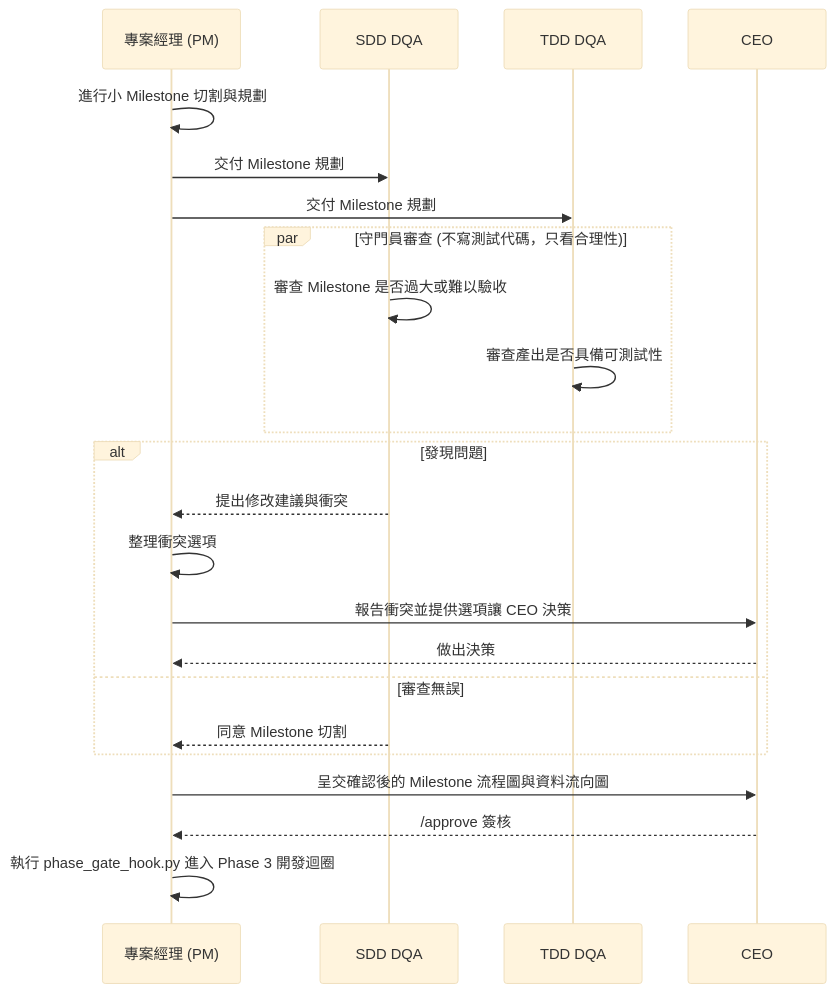
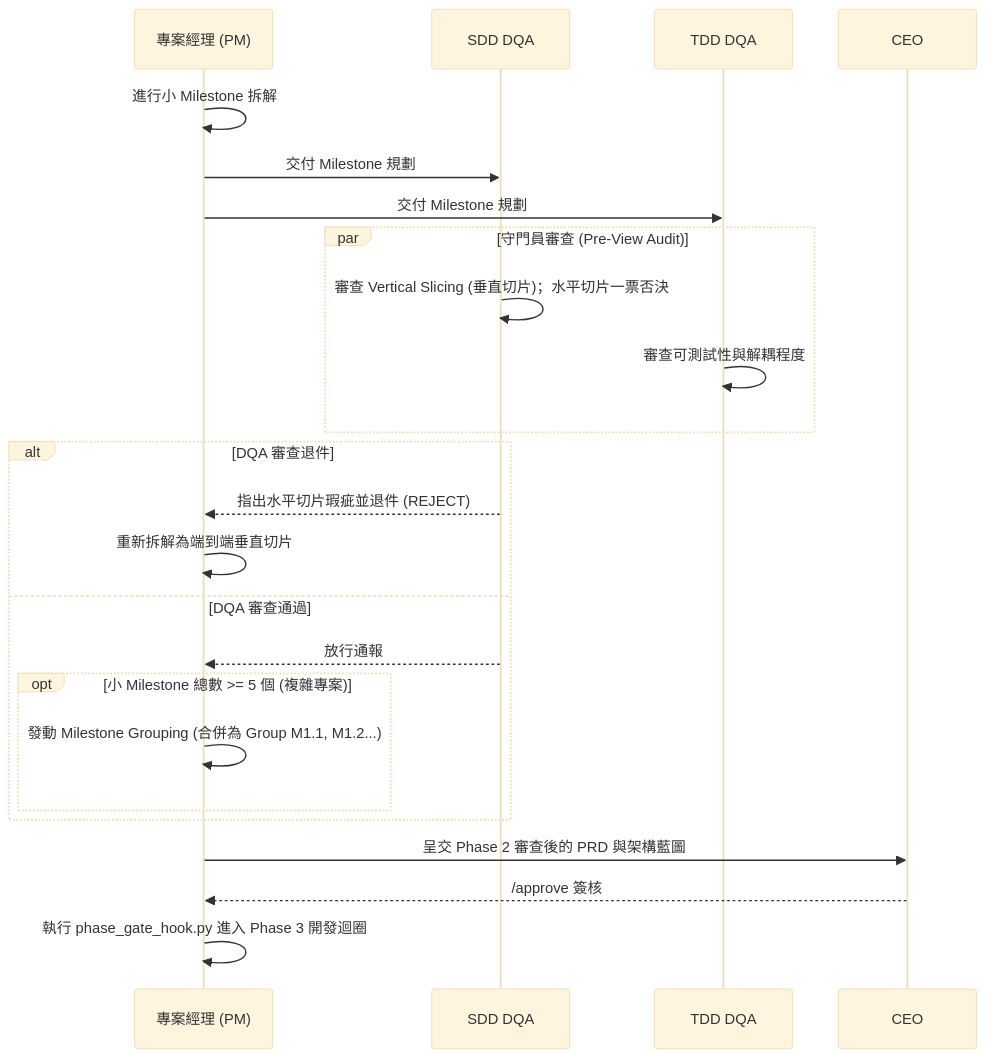
The fourth of 8 diagrams in README.md (vip3310495-Johnny/Johnny-project-team-plugin), drawn with Mermaid (base theme) before and after one commit. The commit also changed other lines of this file, not shown here.

Commit message:
docs: update README.md workflow and detailed sequence diagrams for v2.0.0

````diff
--- a/README.md
+++ b/README.md
@@ -147,29 +135,30 @@
 ```mermaid
 sequenceDiagram
     participant PM as 專案經理 (PM)
     participant SDD as SDD DQA
     participant TDD as TDD DQA
     participant CEO
     
-    PM->>PM: 進行小 Milestone 切割與規劃
+    PM->>PM: 進行小 Milestone 拆解
     PM->>SDD: 交付 Milestone 規劃
     PM->>TDD: 交付 Milestone 規劃
     
-    par 守門員審查 (不寫測試代碼，只看合理性)
-        SDD->>SDD: 審查 Milestone 是否過大或難以驗收
-        TDD->>TDD: 審查產出是否具備可測試性
+    par 守門員審查 (Pre-View Audit)
+        SDD->>SDD: 審查 Vertical Slicing (垂直切片)；水平切片一票否決
+        TDD->>TDD: 審查可測試性與解耦程度
     end
     
-    alt 發現問題
-        SDD-->>PM: 提出修改建議與衝突
-        PM->>PM: 整理衝突選項
-        PM->>CEO: 報告衝突並提供選項讓 CEO 決策
-        CEO-->>PM: 做出決策
-    else 審查無誤
-        SDD-->>PM: 同意 Milestone 切割
+    alt DQA 審查退件
+        SDD-->>PM: 指出水平切片瑕疵並退件 (REJECT)
+        PM->>PM: 重新拆解為端到端垂直切片
+    else DQA 審查通過
+        SDD-->>PM: 放行通報
+        opt 小 Milestone 總數 >= 5 個 (複雜專案)
+            PM->>PM: 發動 Milestone Grouping (合併為 Group M1.1, M1.2...)
+        end
     end
     
-    PM->>CEO: 呈交確認後的 Milestone 流程圖與資料流向圖
+    PM->>CEO: 呈交 Phase 2 審查後的 PRD 與架構藍圖
     CEO-->>PM: /approve 簽核
     PM->>PM: 執行 phase_gate_hook.py 進入 Phase 3 開發迴圈
 ```
````
